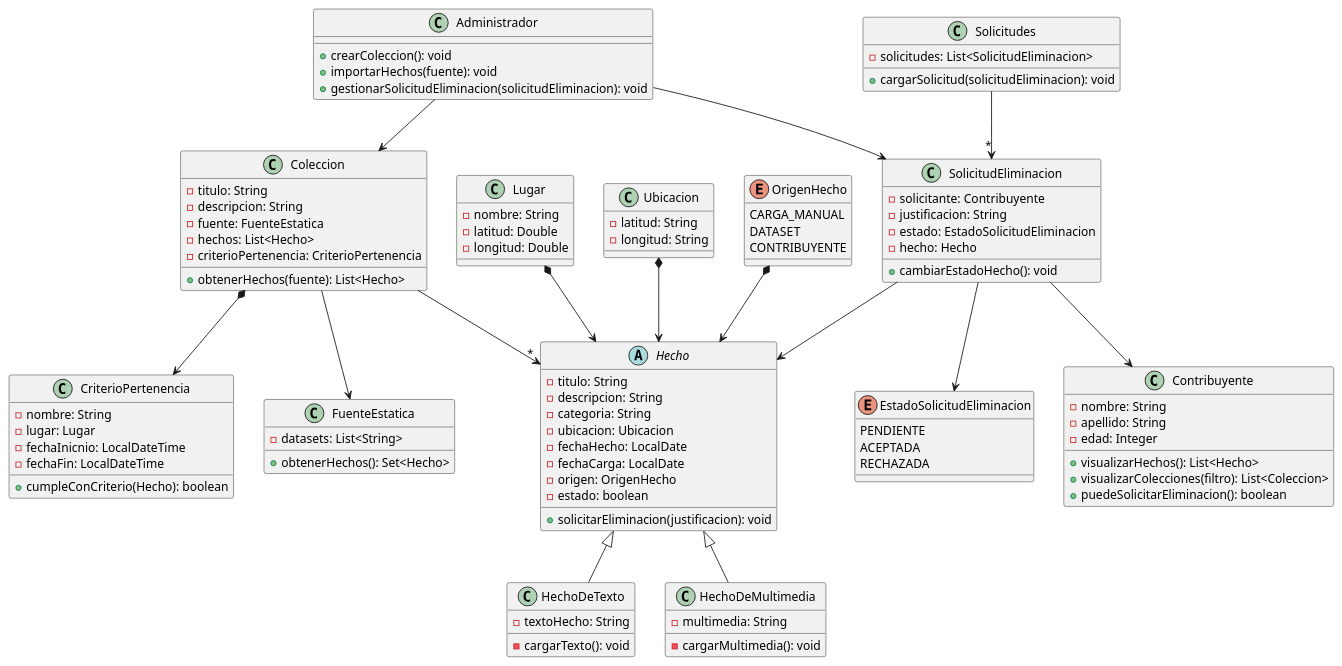
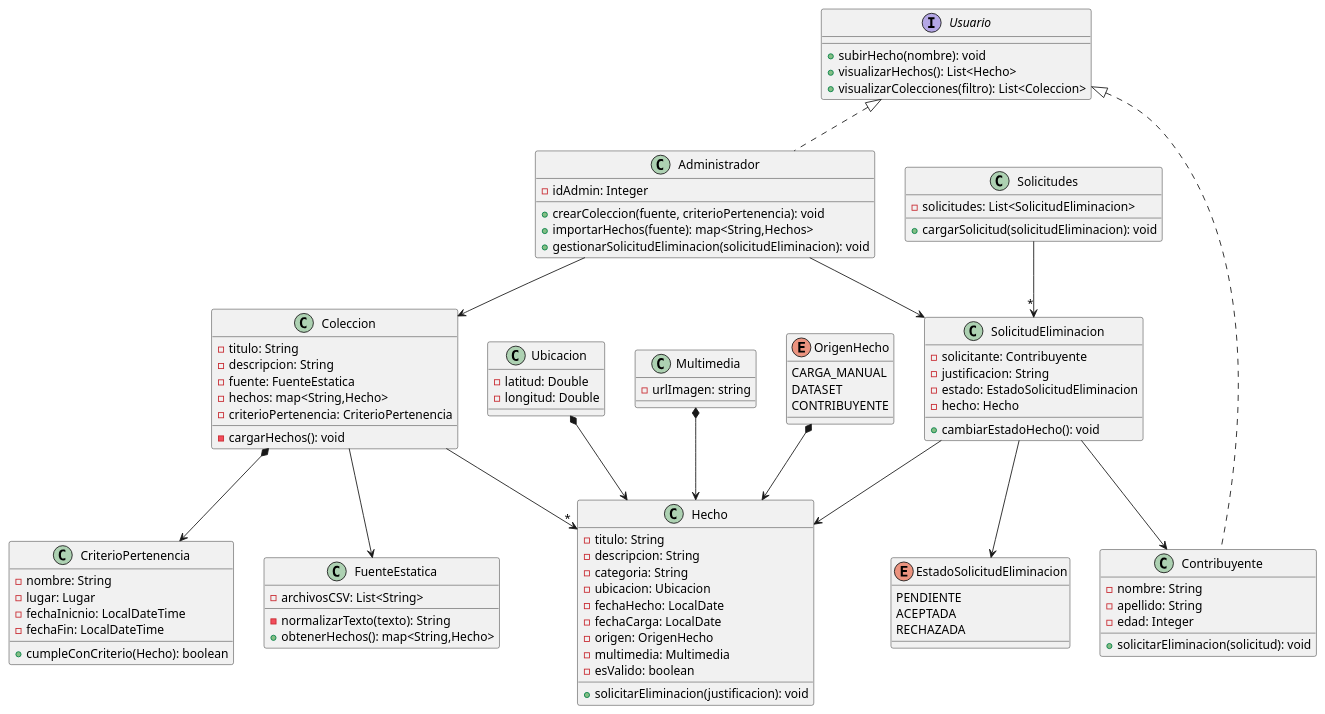
One commit to OslothLAS/ProyectoDeploy changed the diagram in src/main/DiagramaDeClases.puml. Above: the diagram before and after it, drawn with PlantUML.

```diff
--- a/src/main/DiagramaDeClases.puml
+++ b/src/main/DiagramaDeClases.puml
@@ -1,129 +1,121 @@
 @startuml MetaMapa_Entrega1
 
 
 class Coleccion {
    - titulo: String
    - descripcion: String
    - fuente: FuenteEstatica
-   - hechos: List<Hecho>
+   - hechos: map<String,Hecho>
    - criterioPertenencia: CriterioPertenencia
-   + obtenerHechos(fuente): List<Hecho>
+   - cargarHechos(): void
  }
 
  class CriterioPertenencia {
    - nombre: String
-   -   lugar: Lugar
+   - lugar: Lugar
    - fechaInicnio: LocalDateTime
    - fechaFin: LocalDateTime
    + cumpleConCriterio(Hecho): boolean
  }
 
- class Lugar {
-   - nombre: String
-   - latitud: Double
-   - longitud: Double
- }
+
 
  class Ubicacion {
-   -latitud: String
-   -longitud: String
+   -latitud: Double
+   -longitud: Double
  }
 
   class SolicitudEliminacion{
     -solicitante: Contribuyente
     - justificacion: String
     - estado: EstadoSolicitudEliminacion
     - hecho: Hecho
     + cambiarEstadoHecho(): void
   }
 
   class Solicitudes{
   - solicitudes: List<SolicitudEliminacion>
     + cargarSolicitud(solicitudEliminacion): void
   }
 
    enum EstadoSolicitudEliminacion {
        PENDIENTE
        ACEPTADA
        RECHAZADA
      }
 
- abstract class Hecho {
+ class Hecho {
    - titulo: String
    - descripcion: String
    - categoria: String
    -ubicacion: Ubicacion
    - fechaHecho: LocalDate
    - fechaCarga: LocalDate
    - origen: OrigenHecho
-   - estado: boolean
+   - multimedia: Multimedia
+   - esValido: boolean
 
    + solicitarEliminacion(justificacion): void
     }
 
+  class Multimedia{
+    -urlImagen: string
 
-
-  class HechoDeTexto extends Hecho {
-    - textoHecho: String
-    - cargarTexto(): void
   }
 
-  class HechoDeMultimedia extends Hecho{
-      - multimedia: String
-        - cargarMultimedia(): void
-    }
+  interface Usuario{
+     + subirHecho(nombre): void
+     + visualizarHechos(): List<Hecho>
+     + visualizarColecciones(filtro): List<Coleccion>
+  }
 
   enum OrigenHecho {
     CARGA_MANUAL
     DATASET
     CONTRIBUYENTE
   }
 
 
-
-
-
   class FuenteEstatica{
-    - datasets: List<String>
-    + obtenerHechos(): Set<Hecho>
+    - archivosCSV: List<String>
+    - normalizarTexto(texto): String
+    + obtenerHechos(): map<String,Hecho>
   }
 
 
 
-class Contribuyente{
+class Contribuyente implements Usuario{
     - nombre: String
     - apellido: String
     - edad: Integer
-   + visualizarHechos(): List<Hecho>
-   + visualizarColecciones(filtro): List<Coleccion>
-   + puedeSolicitarEliminacion(): boolean
+   + solicitarEliminacion(solicitud): void
 }
 
 
-  class Administrador{
-    + crearColeccion(): void
-    + importarHechos(fuente): void
+  class Administrador implements Usuario{
+    - idAdmin: Integer
+    + crearColeccion(fuente, criterioPertenencia): void
+    + importarHechos(fuente): map<String,Hechos>
     + gestionarSolicitudEliminacion(solicitudEliminacion): void
   }
 
   Coleccion --> FuenteEstatica
   Coleccion -->"*" Hecho
   OrigenHecho *--> Hecho
   Ubicacion *--> Hecho
   Administrador --> Coleccion
   Administrador --> SolicitudEliminacion
   SolicitudEliminacion --> Hecho
-    SolicitudEliminacion --> Contribuyente
-    Solicitudes -->"*" SolicitudEliminacion
-    SolicitudEliminacion --> EstadoSolicitudEliminacion
-    Coleccion *--> CriterioPertenencia
-    Lugar *--> Hecho
-
+  SolicitudEliminacion --> Contribuyente
+  Solicitudes -->"*" SolicitudEliminacion
+  SolicitudEliminacion --> EstadoSolicitudEliminacion
+  Coleccion *--> CriterioPertenencia
+  Multimedia *--> Hecho
 
 
 
 
 
 
 
 @enduml
```
